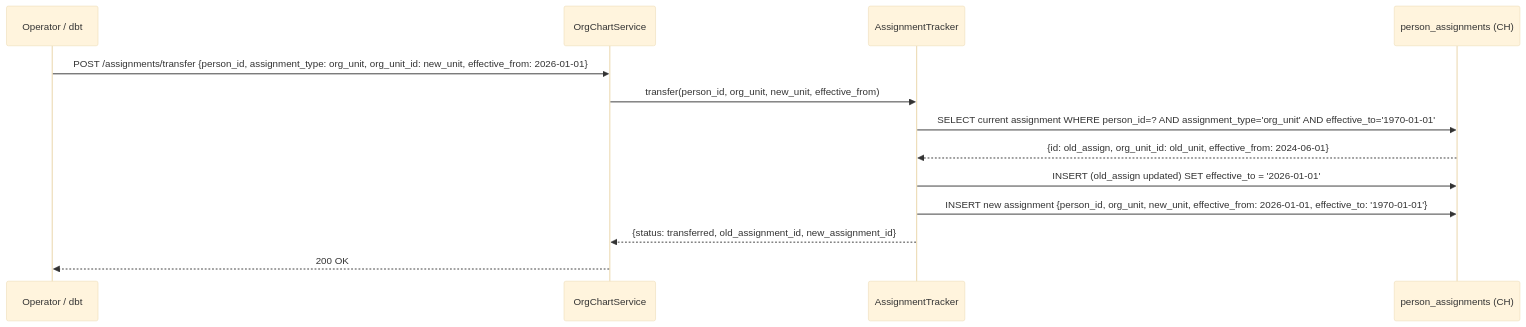
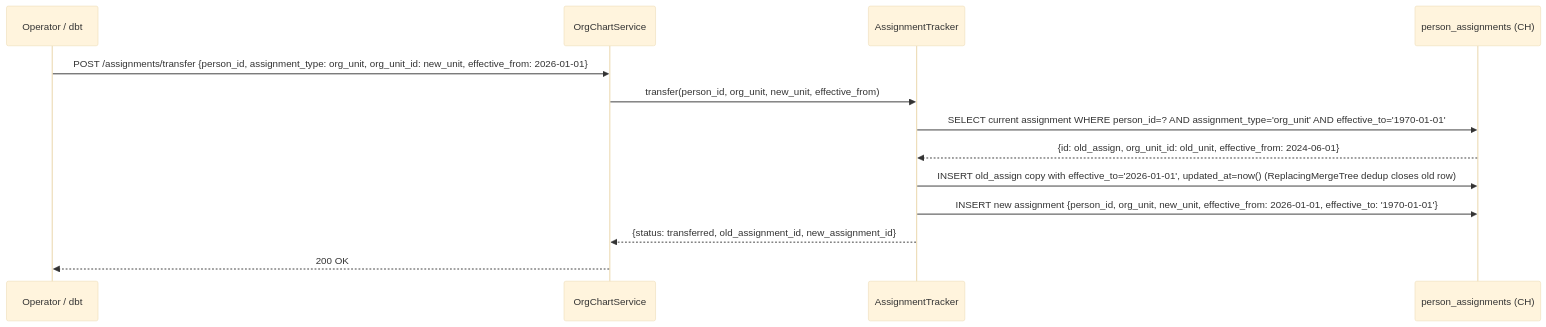
The first of 2 diagrams in docs/domain/org-chart/specs/DESIGN.md (cyberfabric/insight-spec), drawn with Mermaid (base theme) before and after one commit. The commit also changed other lines of this file and 3 other files, not shown here.

````diff
--- a/docs/domain/org-chart/specs/DESIGN.md
+++ b/docs/domain/org-chart/specs/DESIGN.md
@@ -364,16 +364,16 @@
 ```mermaid
 sequenceDiagram
     participant Op as Operator / dbt
     participant API as OrgChartService
     participant AT as AssignmentTracker
     participant PA as person_assignments (CH)
 
     Op ->> API: POST /assignments/transfer {person_id, assignment_type: org_unit, org_unit_id: new_unit, effective_from: 2026-01-01}
     API ->> AT: transfer(person_id, org_unit, new_unit, effective_from)
     AT ->> PA: SELECT current assignment WHERE person_id=? AND assignment_type='org_unit' AND effective_to='1970-01-01'
     PA -->> AT: {id: old_assign, org_unit_id: old_unit, effective_from: 2024-06-01}
-    AT ->> PA: INSERT (old_assign updated) SET effective_to = '2026-01-01'
+    AT ->> PA: INSERT old_assign copy with effective_to='2026-01-01', updated_at=now() (ReplacingMergeTree dedup closes old row)
     AT ->> PA: INSERT new assignment {person_id, org_unit, new_unit, effective_from: 2026-01-01, effective_to: '1970-01-01'}
     AT -->> API: {status: transferred, old_assignment_id, new_assignment_id}
     API -->> Op: 200 OK
 ```
````
